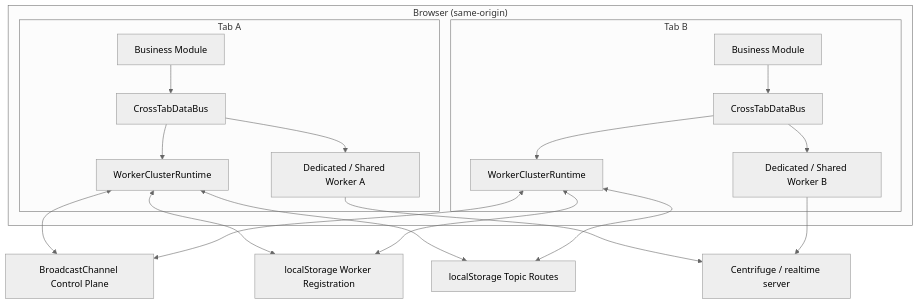
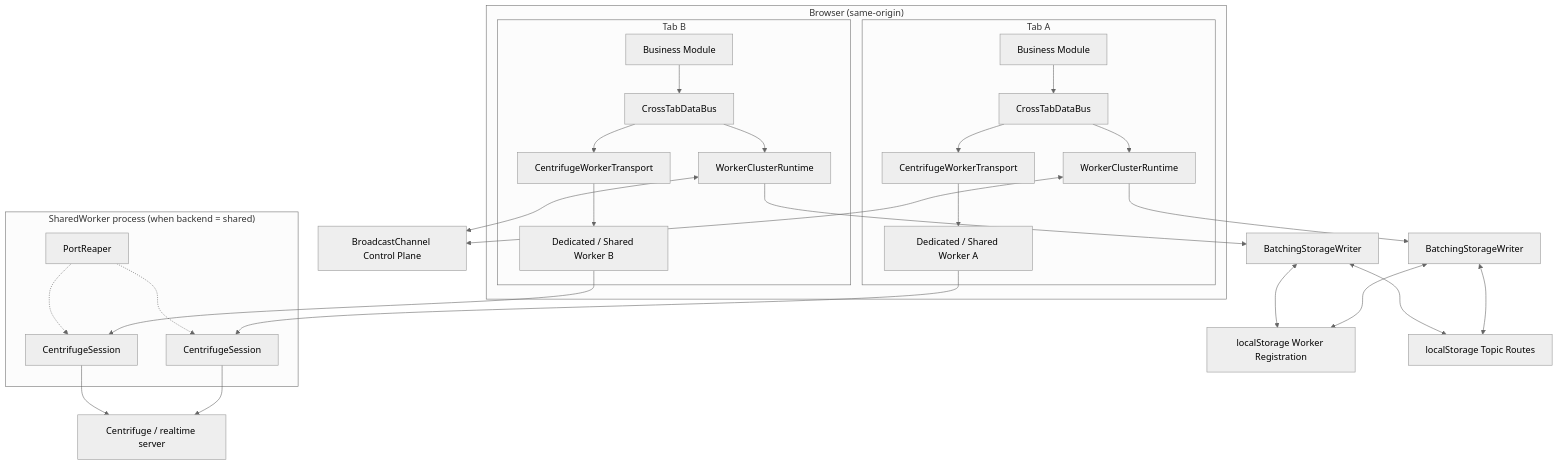
One commit to Sun1090/cross-tab-worker-databus changed the first of 4 diagrams in docs/architecture.md. Above: the diagram before and after it, drawn with Mermaid (neutral theme). The commit also changed 32 other files, not shown here.

````diff
--- a/docs/architecture.md
+++ b/docs/architecture.md
@@ -7,24 +7,34 @@
 ```mermaid
 graph TB
   subgraph Browser["Browser (same-origin)"]
     subgraph TabA["Tab A"]
       AppA["Business Module"] --> BusA["CrossTabDataBus"]
       BusA --> RuntimeA["WorkerClusterRuntime"]
-      BusA --> WorkerA["Dedicated / Shared Worker A"]
+      BusA --> TransportA["CentrifugeWorkerTransport"]
+      TransportA --> WorkerA["Dedicated / Shared Worker A"]
     end
     subgraph TabB["Tab B"]
       AppB["Business Module"] --> BusB["CrossTabDataBus"]
       BusB --> RuntimeB["WorkerClusterRuntime"]
-      BusB --> WorkerB["Dedicated / Shared Worker B"]
+      BusB --> TransportB["CentrifugeWorkerTransport"]
+      TransportB --> WorkerB["Dedicated / Shared Worker B"]
     end
   end
 
   RuntimeA <--> Channel["BroadcastChannel Control Plane"]
   RuntimeB <--> Channel
-  RuntimeA <--> Registry["localStorage Worker Registration"]
-  RuntimeB <--> Registry
-  RuntimeA <--> Routes["localStorage Topic Routes"]
-  RuntimeB <--> Routes
-  WorkerA --> Server["Centrifuge / realtime server"]
-  WorkerB --> Server
+  RuntimeA --> BatchA["BatchingStorageWriter"]
+  RuntimeB --> BatchB["BatchingStorageWriter"]
+  BatchA <--> Registry["localStorage Worker Registration"]
+  BatchB <--> Registry
+  BatchA <--> Routes["localStorage Topic Routes"]
+  BatchB <--> Routes
+  WorkerA --> SessionA["CentrifugeSession"]
+  WorkerB --> SessionB["CentrifugeSession"]
+  SessionA --> Server["Centrifuge / realtime server"]
+  SessionB --> Server
+  subgraph SW["SharedWorker process (when backend = shared)"]
+    Reaper["PortReaper"] -.-> SessionA
+    Reaper -.-> SessionB
+  end
 ```
````
